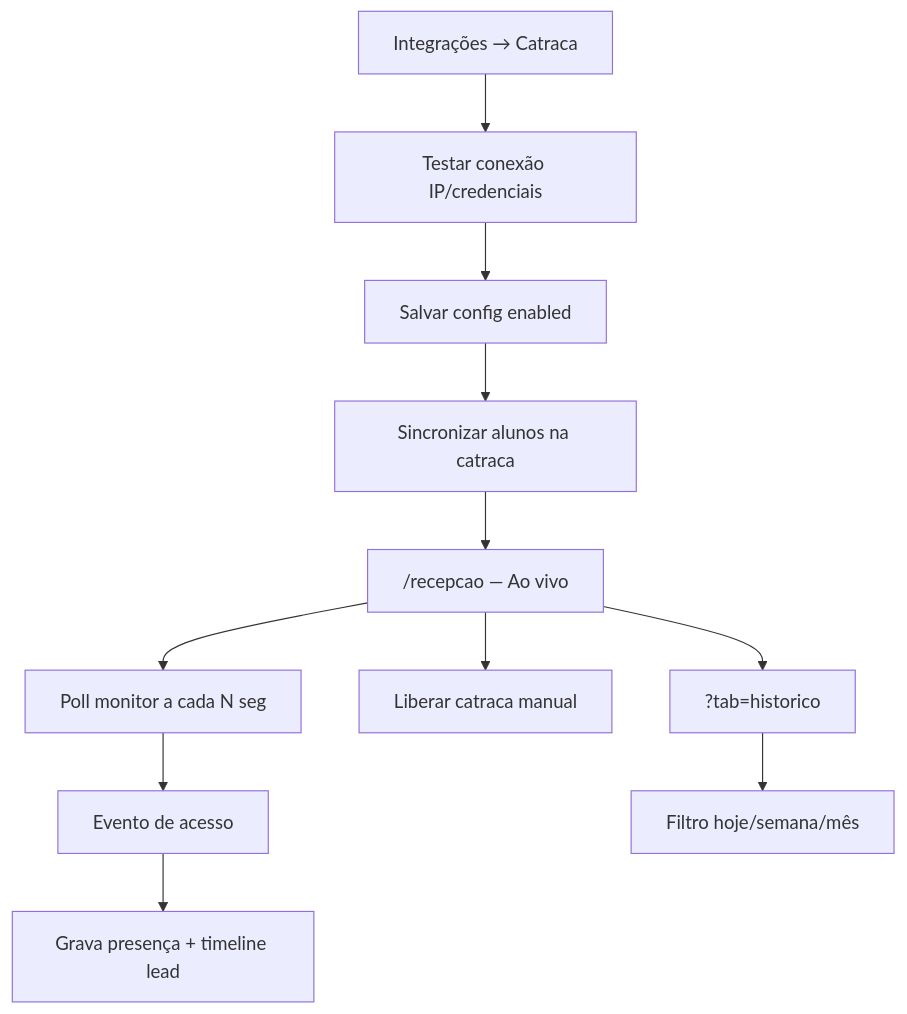
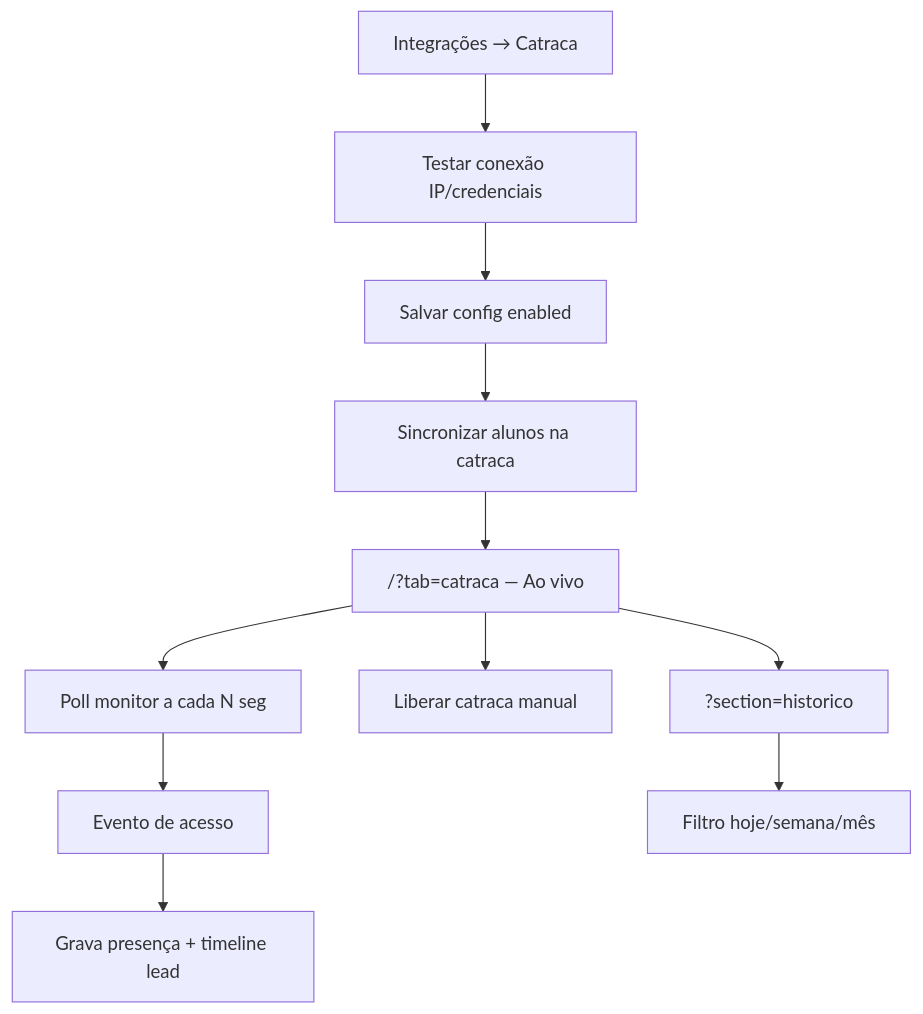
One commit to brunaamaralp/bjj changed the diagram in docs/flows/crm/recepcao-controlid.md. Above: the diagram before and after it, drawn with Mermaid. The commit also changed other lines of this file and 31 other files, not shown here.

````diff
--- a/docs/flows/crm/recepcao-controlid.md
+++ b/docs/flows/crm/recepcao-controlid.md
@@ -32,13 +33,13 @@
 ```mermaid
 flowchart TD
   setup[Integrações → Catraca] --> test[Testar conexão IP/credenciais]
   test --> save[Salvar config enabled]
   save --> sync[Sincronizar alunos na catraca]
-  sync --> recepcao["/recepcao — Ao vivo"]
+  sync --> recepcao["/?tab=catraca — Ao vivo"]
   recepcao --> poll[Poll monitor a cada N seg]
   poll --> event[Evento de acesso]
   event --> attendance[Grava presença + timeline lead]
   recepcao --> manual[Liberar catraca manual]
-  recepcao --> hist["?tab=historico"]
+  recepcao --> hist["?section=historico"]
   hist --> filters[Filtro hoje/semana/mês]
 ```
````
